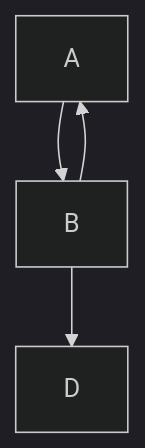
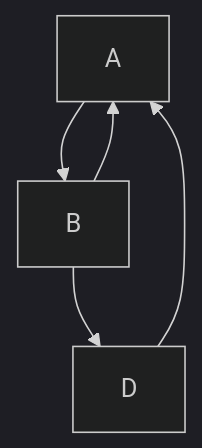
One commit to tobdos/ghpages-dogygen changed the diagram in docs/index.md. Above: the diagram before and after it, drawn with Mermaid (dark theme).

````diff
--- a/docs/index.md
+++ b/docs/index.md
@@ -15,6 +15,7 @@
 ```mermaid
 graph TD;
     A-->B;
     B-->A;
     B-->D;
+    D-->A;
 ```
````
